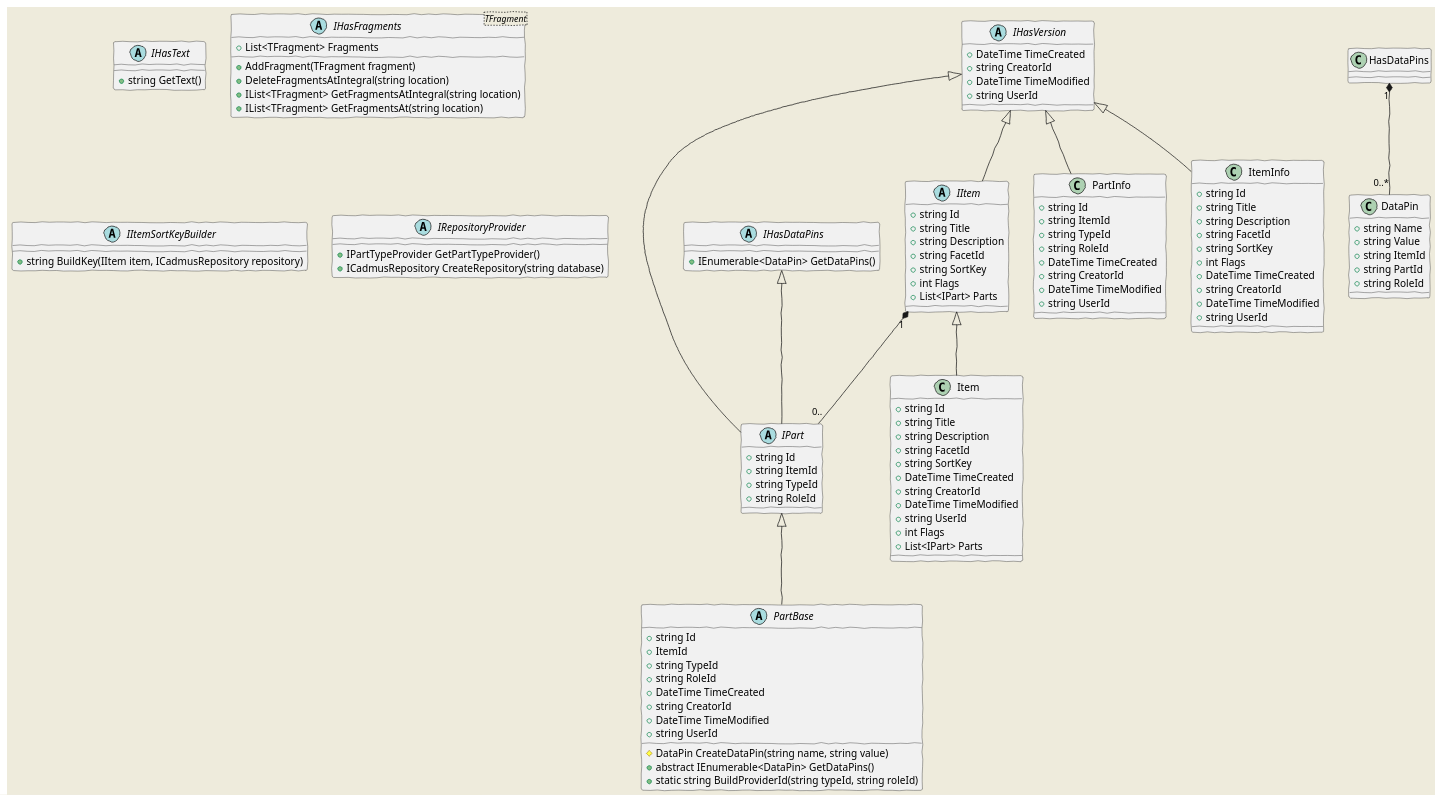
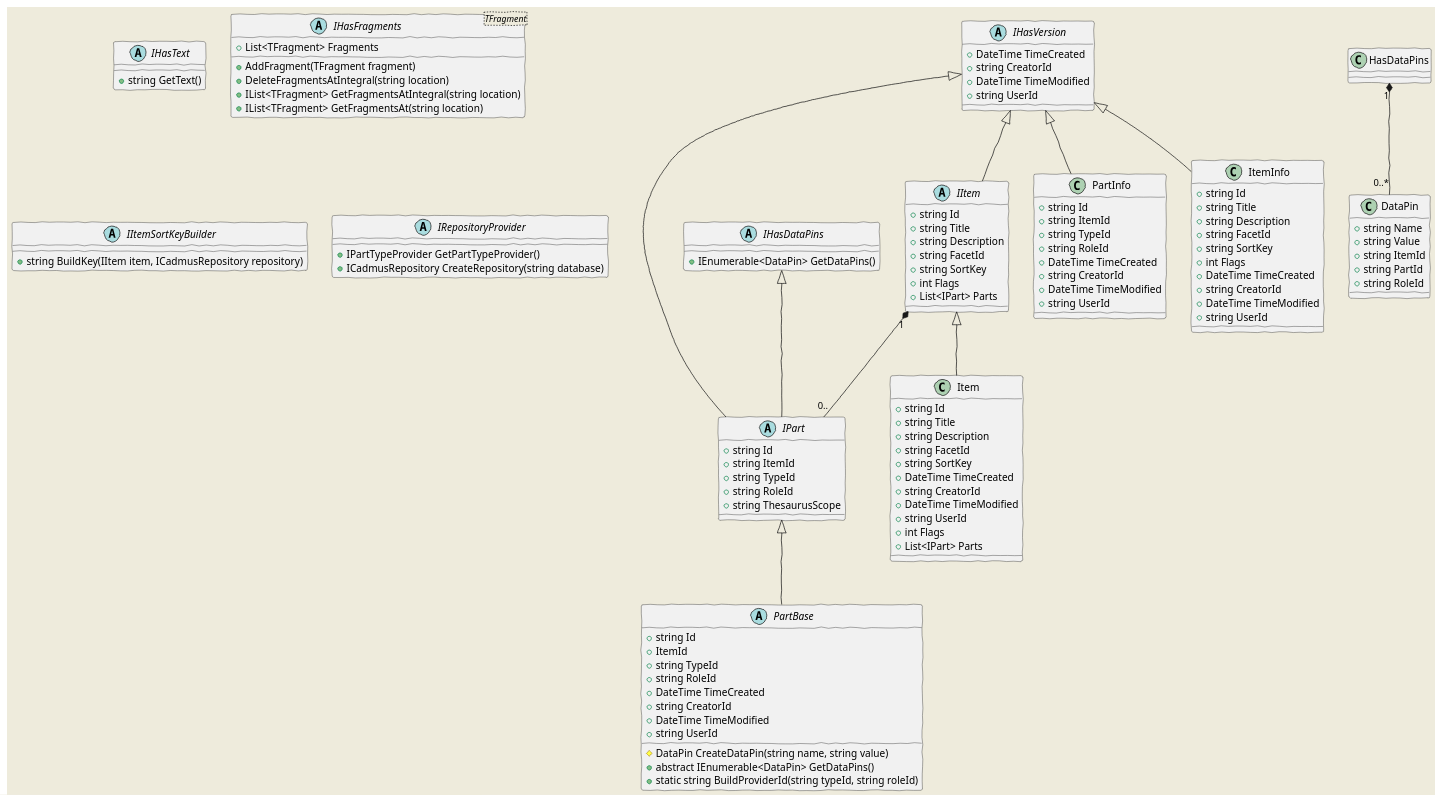
Before and after one commit to vedph/cadmus_core: the first of 4 diagrams in Doc/core.md, drawn with PlantUML. The commit also changed 15 other files, not shown here.

Commit message:
Added ThesaurusScope to IPart

```diff
--- a/Doc/core.md
+++ b/Doc/core.md
@@ -49,6 +49,7 @@
     IPart : +string ItemId
     IPart : +string TypeId
     IPart : +string RoleId
+    IPart : +string ThesaurusScope
 
     abstract class PartBase
     IPart <|-- PartBase
```
